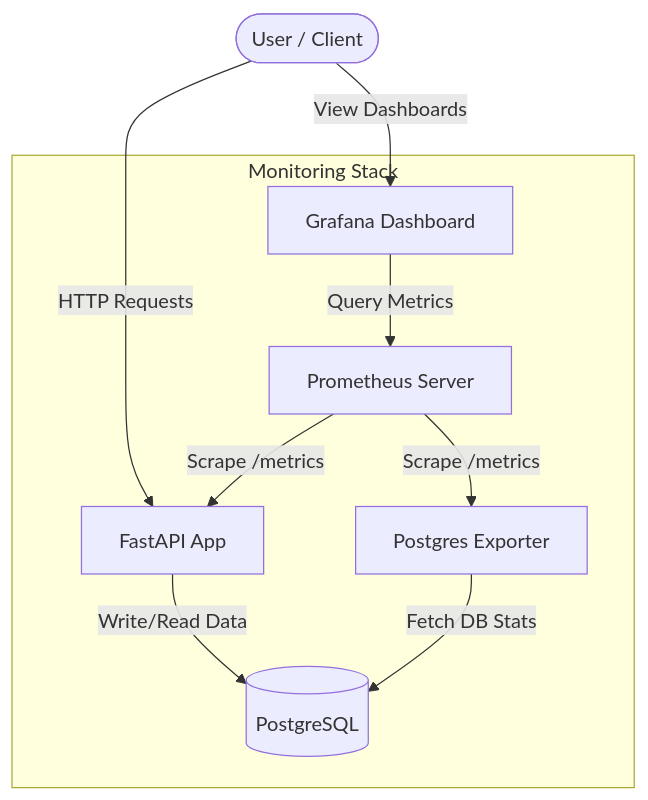
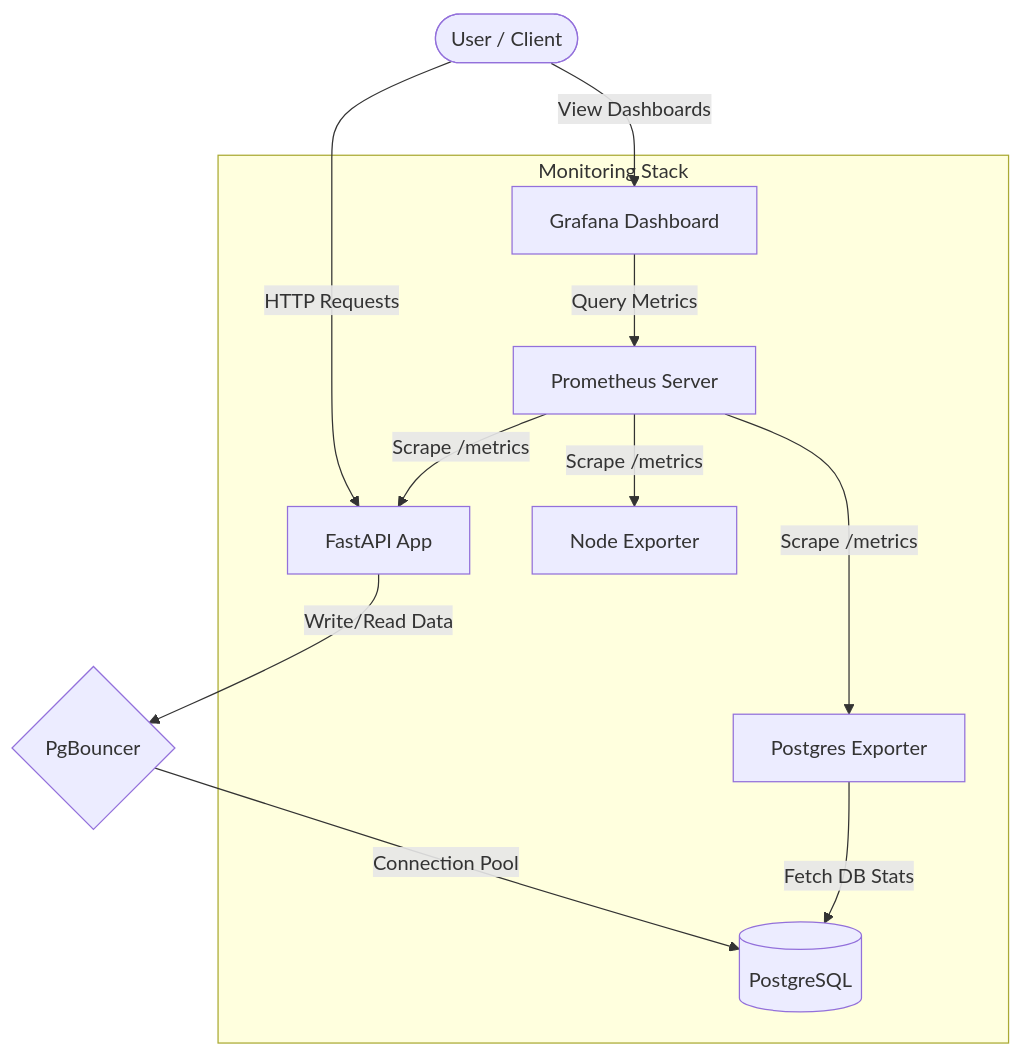
One commit to EbEmad/BigData changed the diagram in Mointoring/README.md. Above: the diagram before and after it, drawn with Mermaid. The commit also changed other lines of this file, not shown here.

````diff
--- a/Mointoring/README.md
+++ b/Mointoring/README.md
@@ -9,18 +9,21 @@
 ```mermaid
 graph TD
     User([User / Client]) -->|HTTP Requests| FastAPI[FastAPI App]
-    FastAPI -->|Write/Read Data| Postgres[(PostgreSQL)]
+    FastAPI -->|Write/Read Data| PgBouncer{PgBouncer}
+    PgBouncer -->|Connection Pool| Postgres[(PostgreSQL)]
     
     subgraph Monitoring Stack
         Prometheus[Prometheus Server]
         Grafana[Grafana Dashboard]
         PGExporter[Postgres Exporter]
+        NodeExporter[Node Exporter]
         
         Prometheus -->|Scrape /metrics| FastAPI
         Prometheus -->|Scrape /metrics| PGExporter
+        Prometheus -->|Scrape /metrics| NodeExporter
         PGExporter -->|Fetch DB Stats| Postgres
         Grafana -->|Query Metrics| Prometheus
     end
     
     User -->|View Dashboards| Grafana
 ```
````
